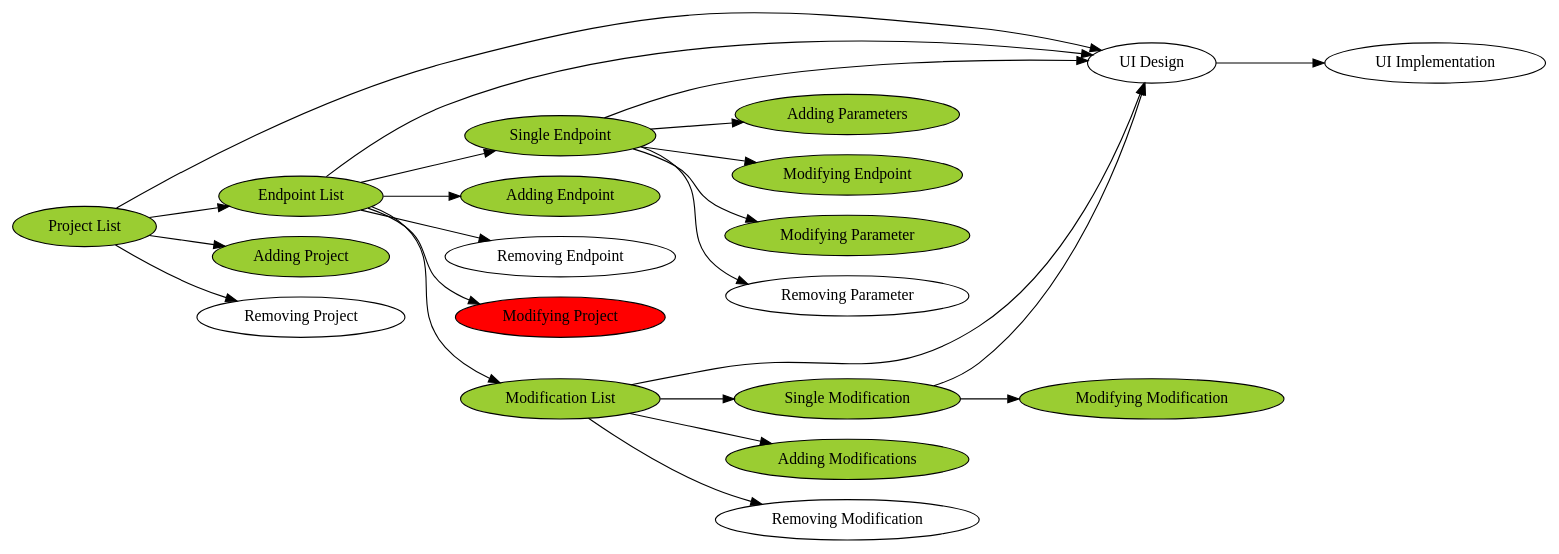
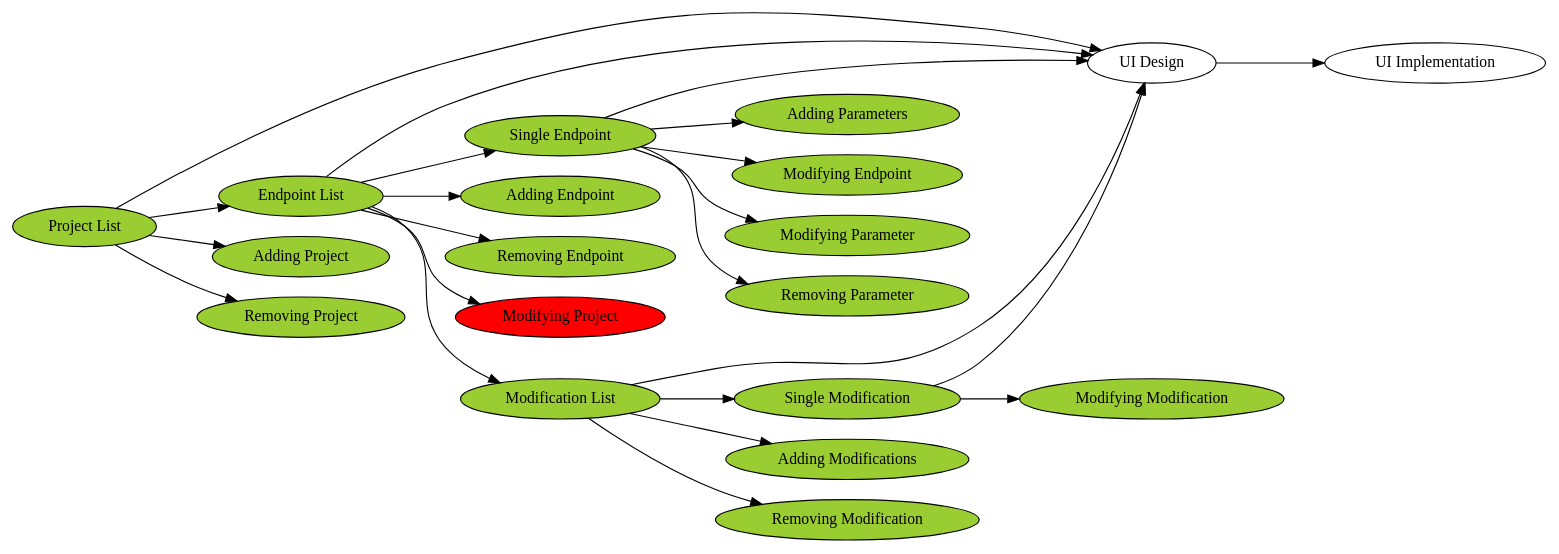
Before and after one commit to jaccek/endpoint-mock: the diagram in doc/tasks.dot, drawn with Graphviz. The commit also changed 10 other files, not shown here.

```diff
--- a/doc/tasks.dot
+++ b/doc/tasks.dot
@@ -1,61 +1,61 @@
 digraph {
     //layout = circo;
     //mindist = .5;
     rankdir=LR;
 
     disp_project_list -> ui_design;
     disp_project_list -> disp_endpoint_list;
     disp_project_list -> adding_project;
     disp_project_list -> removing_project;
 
     disp_endpoint_list -> ui_design;
     disp_endpoint_list -> disp_single_endpoint;
     disp_endpoint_list -> adding_endpoint;
     disp_endpoint_list -> removing_endpoint;
     disp_endpoint_list -> modifying_project;
     disp_endpoint_list -> disp_modification_list;
 
     disp_single_endpoint -> ui_design;
     disp_single_endpoint -> adding_parameter;
     disp_single_endpoint -> modifying_endpoint;
     disp_single_endpoint -> modifying_parameter;
     disp_single_endpoint -> removing_parameter;
 
     disp_modification_list -> ui_design;
     disp_modification_list -> disp_single_modification;
     disp_modification_list -> adding_modification;
     disp_modification_list -> removing_modification;
 
     disp_single_modification -> ui_design;
     disp_single_modification -> modifying_modification;
 
     ui_design -> ui_implementation;
 
 
 
 
     disp_project_list           [label="Project List", style="filled", fillcolor="yellowgreen"];
     disp_endpoint_list          [label="Endpoint List", style="filled", fillcolor="yellowgreen"];
     disp_modification_list      [label="Modification List", style="filled", fillcolor="yellowgreen"];
 
     disp_single_endpoint        [label="Single Endpoint", style="filled", fillcolor="yellowgreen"];
     disp_single_modification    [label="Single Modification", style="filled", fillcolor="yellowgreen"];
 
     ui_implementation   [label="UI Implementation"];
     ui_design           [label="UI Design"];
 
     adding_project          [label="Adding Project", style="filled", fillcolor="yellowgreen"];
     adding_endpoint         [label="Adding Endpoint", style="filled", fillcolor="yellowgreen"];
     adding_parameter        [label="Adding Parameters", style="filled", fillcolor="yellowgreen"];
     adding_modification     [label="Adding Modifications", style="filled", fillcolor="yellowgreen"];
 
     modifying_project       [label="Modifying Project", style="filled", fillcolor="red"];
     modifying_endpoint      [label="Modifying Endpoint", style="filled", fillcolor="yellowgreen"];
     modifying_parameter     [label="Modifying Parameter", style="filled", fillcolor="yellowgreen"];
     modifying_modification  [label="Modifying Modification", style="filled", fillcolor="yellowgreen"];
 
-    removing_project        [label="Removing Project"];
-    removing_endpoint       [label="Removing Endpoint"];
-    removing_parameter      [label="Removing Parameter"];
-    removing_modification   [label="Removing Modification"];
+    removing_project        [label="Removing Project", style="filled", fillcolor="yellowgreen"];
+    removing_endpoint       [label="Removing Endpoint", style="filled", fillcolor="yellowgreen"];
+    removing_parameter      [label="Removing Parameter", style="filled", fillcolor="yellowgreen"];
+    removing_modification   [label="Removing Modification", style="filled", fillcolor="yellowgreen"];
 }
```
